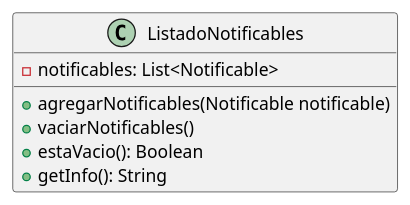
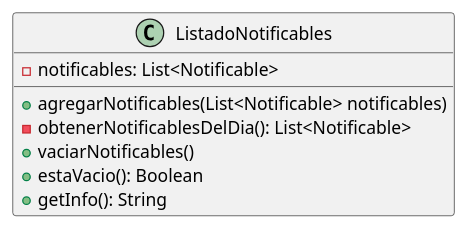
One commit to mbertogliati/dds-tpa changed the diagram in DC/E3/domain/comunidades/notificacionesPersona/ListadoNotificables.puml. Above: the diagram before and after it, drawn with PlantUML. The commit also changed 7 other files, not shown here.

```diff
--- a/DC/E3/domain/comunidades/notificacionesPersona/ListadoNotificables.puml
+++ b/DC/E3/domain/comunidades/notificacionesPersona/ListadoNotificables.puml
@@ -1,14 +1,14 @@
 @startuml
 'https://plantuml.com/class-diagram
 
 class ListadoNotificables{
     -notificables: List<Notificable>
 
-    +agregarNotificables(Notificable notificable)
+    +agregarNotificables(List<Notificable> notificables)
+    -obtenerNotificablesDelDia(): List<Notificable>
     +vaciarNotificables()
     +estaVacio(): Boolean
     +getInfo(): String
-
 }
 
 @enduml
```
